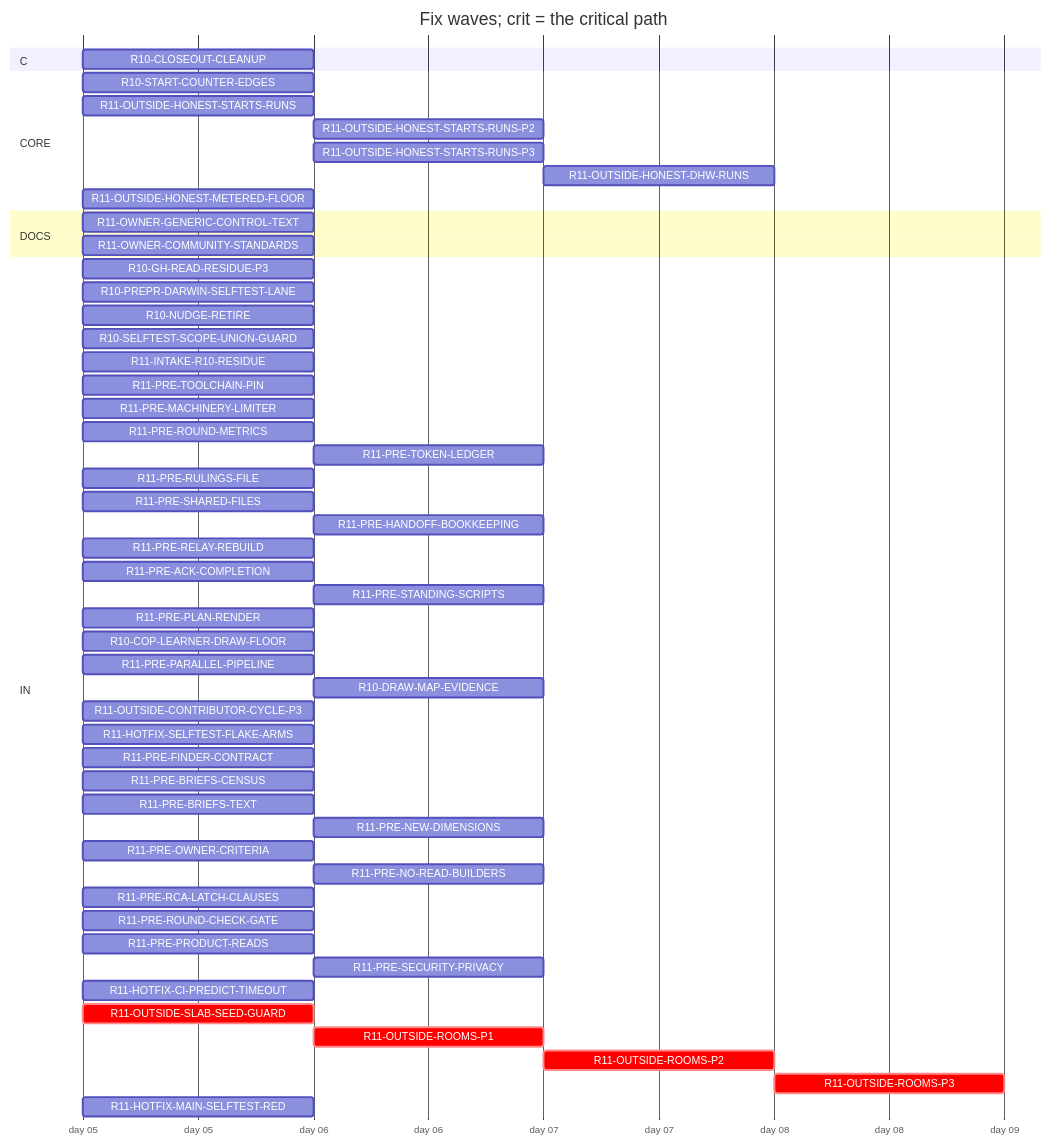
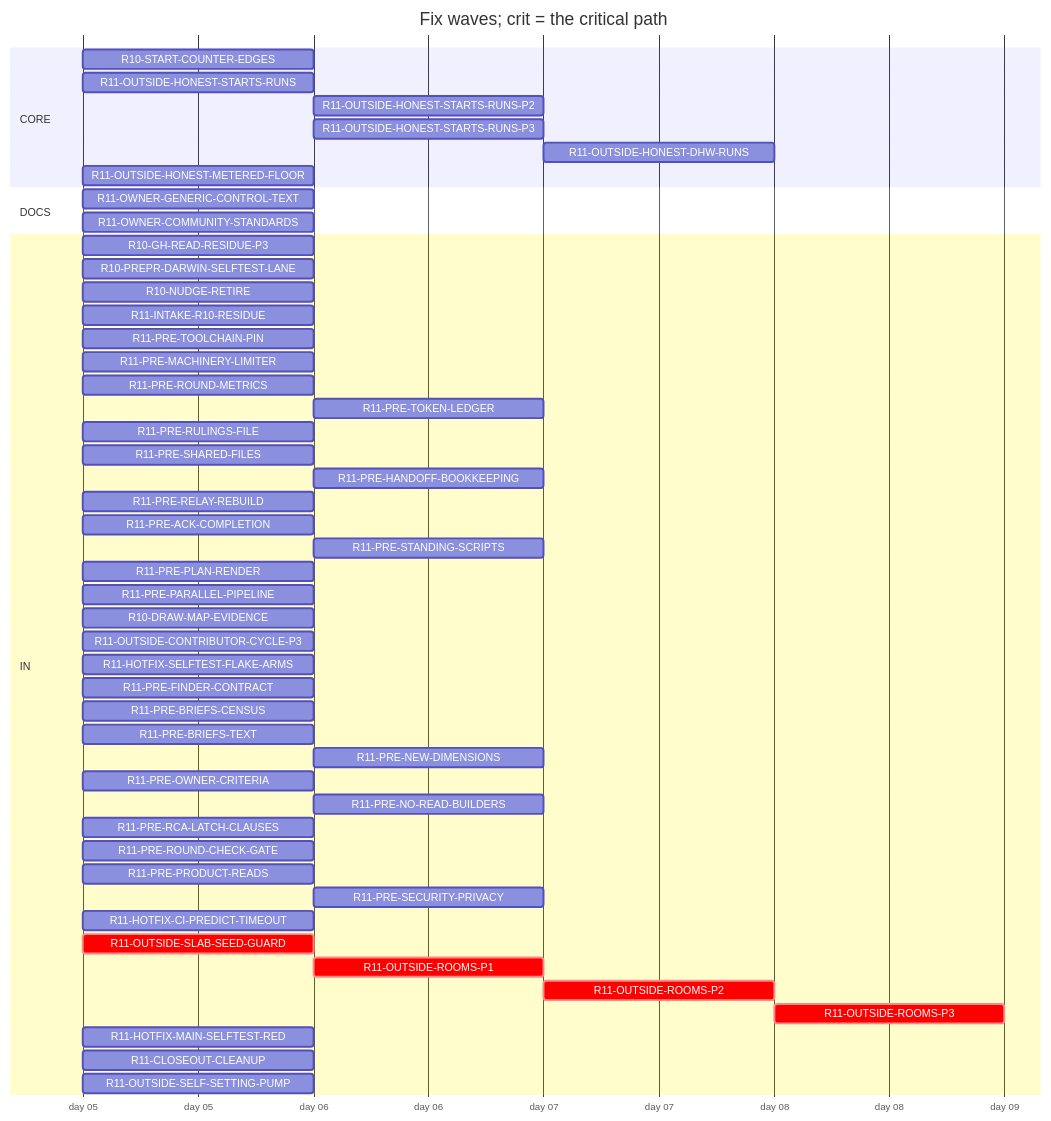
One commit to tvofi/heatpump_optimizer changed the diagram in handoff/round11/state/PLAN-TABLE.md. Above: the diagram before and after it, drawn with Mermaid. The commit also changed other lines of this file and 4 other files, not shown here.

Commit message:
state: FLOW-BOARD.md, NEXT-SESSION-PROMPT.md, PLAN-TABLE.md, PLAN.html, RESUME-CURRENT.md regenerated (state_docs.py)

````diff
--- a/handoff/round11/state/PLAN-TABLE.md
+++ b/handoff/round11/state/PLAN-TABLE.md
@@ -17,56 +16,54 @@
 ```mermaid
 gantt
   title Fix waves; crit = the critical path
   dateFormat YYYY-MM-DD
   axisFormat day %d
-  section C
-    R10-CLOSEOUT-CLEANUP :r10CLOSEOUTCLEANUP, 2026-01-05, 1d
   section CORE
     R10-START-COUNTER-EDGES :r10STARTCOUNTEREDGES, 2026-01-05, 1d
     R11-OUTSIDE-HONEST-STARTS-RUNS :r11OUTSIDEHONESTSTARTSRUNS, 2026-01-05, 1d
     R11-OUTSIDE-HONEST-STARTS-RUNS-P2 :r11OUTSIDEHONESTSTARTSRUNSP2, after r11OUTSIDEHONESTSTARTSRUNS, 1d
     R11-OUTSIDE-HONEST-STARTS-RUNS-P3 :r11OUTSIDEHONESTSTARTSRUNSP3, after r11OUTSIDEHONESTSTARTSRUNS, 1d
     R11-OUTSIDE-HONEST-DHW-RUNS :r11OUTSIDEHONESTDHWRUNS, after r11OUTSIDEHONESTSTARTSRUNS r11OUTSIDEHONESTSTARTSRUNSP2, 1d
     R11-OUTSIDE-HONEST-METERED-FLOOR :r11OUTSIDEHONESTMETEREDFLOOR, 2026-01-05, 1d
   section DOCS
     R11-OWNER-GENERIC-CONTROL-TEXT :r11OWNERGENERICCONTROLTEXT, 2026-01-05, 1d
     R11-OWNER-COMMUNITY-STANDARDS :r11OWNERCOMMUNITYSTANDARDS, 2026-01-05, 1d
   section IN
     R10-GH-READ-RESIDUE-P3 :r10GHREADRESIDUEP3, 2026-01-05, 1d
     R10-PREPR-DARWIN-SELFTEST-LANE :r10PREPRDARWINSELFTESTLANE, 2026-01-05, 1d
     R10-NUDGE-RETIRE :r10NUDGERETIRE, 2026-01-05, 1d
-    R10-SELFTEST-SCOPE-UNION-GUARD :r10SELFTESTSCOPEUNIONGUARD, 2026-01-05, 1d
     R11-INTAKE-R10-RESIDUE :r11INTAKER10RESIDUE, 2026-01-05, 1d
     R11-PRE-TOOLCHAIN-PIN :r11PRETOOLCHAINPIN, 2026-01-05, 1d
     R11-PRE-MACHINERY-LIMITER :r11PREMACHINERYLIMITER, 2026-01-05, 1d
     R11-PRE-ROUND-METRICS :r11PREROUNDMETRICS, 2026-01-05, 1d
     R11-PRE-TOKEN-LEDGER :r11PRETOKENLEDGER, after r10GHREADRESIDUEP3, 1d
     R11-PRE-RULINGS-FILE :r11PRERULINGSFILE, 2026-01-05, 1d
     R11-PRE-SHARED-FILES :r11PRESHAREDFILES, 2026-01-05, 1d
     R11-PRE-HANDOFF-BOOKKEEPING :r11PREHANDOFFBOOKKEEPING, after r11PRERELAYREBUILD, 1d
     R11-PRE-RELAY-REBUILD :r11PRERELAYREBUILD, 2026-01-05, 1d
     R11-PRE-ACK-COMPLETION :r11PREACKCOMPLETION, 2026-01-05, 1d
     R11-PRE-STANDING-SCRIPTS :r11PRESTANDINGSCRIPTS, after r11PREPARALLELPIPELINE, 1d
     R11-PRE-PLAN-RENDER :r11PREPLANRENDER, 2026-01-05, 1d
-    R10-COP-LEARNER-DRAW-FLOOR :r10COPLEARNERDRAWFLOOR, 2026-01-05, 1d
     R11-PRE-PARALLEL-PIPELINE :r11PREPARALLELPIPELINE, 2026-01-05, 1d
-    R10-DRAW-MAP-EVIDENCE :r10DRAWMAPEVIDENCE, after r10COPLEARNERDRAWFLOOR, 1d
+    R10-DRAW-MAP-EVIDENCE :r10DRAWMAPEVIDENCE, 2026-01-05, 1d
     R11-OUTSIDE-CONTRIBUTOR-CYCLE-P3 :r11OUTSIDECONTRIBUTORCYCLEP3, 2026-01-05, 1d
     R11-HOTFIX-SELFTEST-FLAKE-ARMS :r11HOTFIXSELFTESTFLAKEARMS, 2026-01-05, 1d
     R11-PRE-FINDER-CONTRACT :r11PREFINDERCONTRACT, 2026-01-05, 1d
     R11-PRE-BRIEFS-CENSUS :r11PREBRIEFSCENSUS, 2026-01-05, 1d
     R11-PRE-BRIEFS-TEXT :r11PREBRIEFSTEXT, 2026-01-05, 1d
     R11-PRE-NEW-DIMENSIONS :r11PRENEWDIMENSIONS, after r11PREFINDERCONTRACT r11PREBRIEFSCENSUS, 1d
     R11-PRE-OWNER-CRITERIA :r11PREOWNERCRITERIA, 2026-01-05, 1d
     R11-PRE-NO-READ-BUILDERS :r11PRENOREADBUILDERS, after r11PREMACHINERYLIMITER, 1d
     R11-PRE-RCA-LATCH-CLAUSES :r11PRERCALATCHCLAUSES, 2026-01-05, 1d
     R11-PRE-ROUND-CHECK-GATE :r11PREROUNDCHECKGATE, 2026-01-05, 1d
     R11-PRE-PRODUCT-READS :r11PREPRODUCTREADS, 2026-01-05, 1d
     R11-PRE-SECURITY-PRIVACY :r11PRESECURITYPRIVACY, after r11PREFINDERCONTRACT r11PREBRIEFSCENSUS, 1d
     R11-HOTFIX-CI-PREDICT-TIMEOUT :r11HOTFIXCIPREDICTTIMEOUT, 2026-01-05, 1d
     R11-OUTSIDE-SLAB-SEED-GUARD :crit, r11OUTSIDESLABSEEDGUARD, 2026-01-05, 1d
     R11-OUTSIDE-ROOMS-P1 :crit, r11OUTSIDEROOMSP1, after r11OUTSIDESLABSEEDGUARD, 1d
     R11-OUTSIDE-ROOMS-P2 :crit, r11OUTSIDEROOMSP2, after r11OUTSIDEROOMSP1, 1d
     R11-OUTSIDE-ROOMS-P3 :crit, r11OUTSIDEROOMSP3, after r11OUTSIDEROOMSP2, 1d
     R11-HOTFIX-MAIN-SELFTEST-RED :r11HOTFIXMAINSELFTESTRED, 2026-01-05, 1d
+    R11-CLOSEOUT-CLEANUP :r11CLOSEOUTCLEANUP, 2026-01-05, 1d
+    R11-OUTSIDE-SELF-SETTING-PUMP :r11OUTSIDESELFSETTINGPUMP, 2026-01-05, 1d
 ```
````
